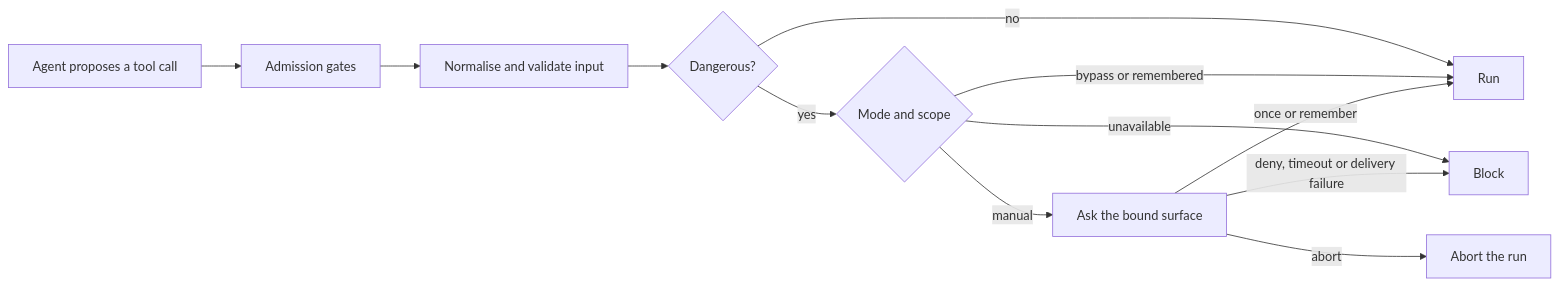
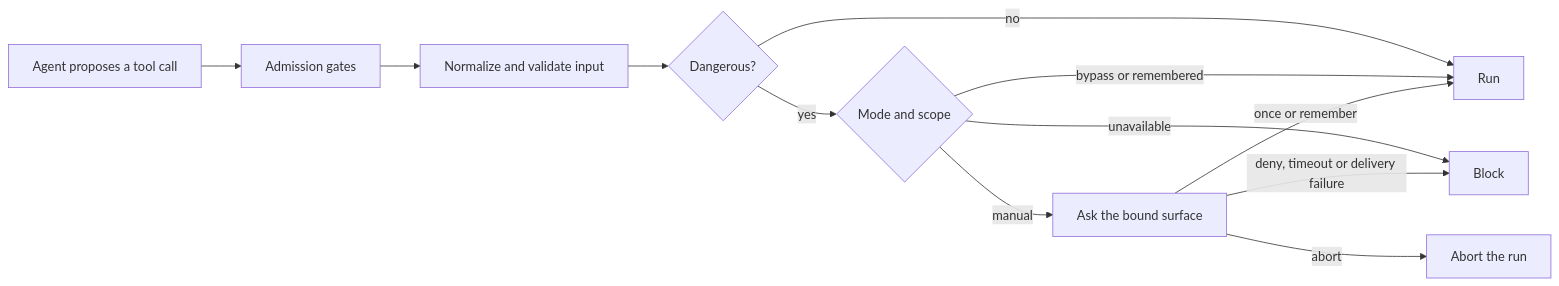
The first of 2 diagrams in docs/en/safety.md (alex2loop/openalpha), drawn with Mermaid before and after one commit. The commit also changed other lines of this file and 333 other files, not shown here.

````diff
--- a/docs/en/safety.md
+++ b/docs/en/safety.md
@@ -108,14 +108,14 @@
 ```mermaid
 flowchart LR
   A[Agent proposes a tool call] --> B[Admission gates]
-  B --> C[Normalise and validate input]
+  B --> C[Normalize and validate input]
   C --> D{Dangerous?}
   D -- no --> I[Run]
   D -- yes --> E{Mode and scope}
   E -- bypass or remembered --> I
   E -- unavailable --> H[Block]
   E -- manual --> F[Ask the bound surface]
   F -- once or remember --> I
   F -- deny, timeout or delivery failure --> H
   F -- abort --> J[Abort the run]
 ```
````
